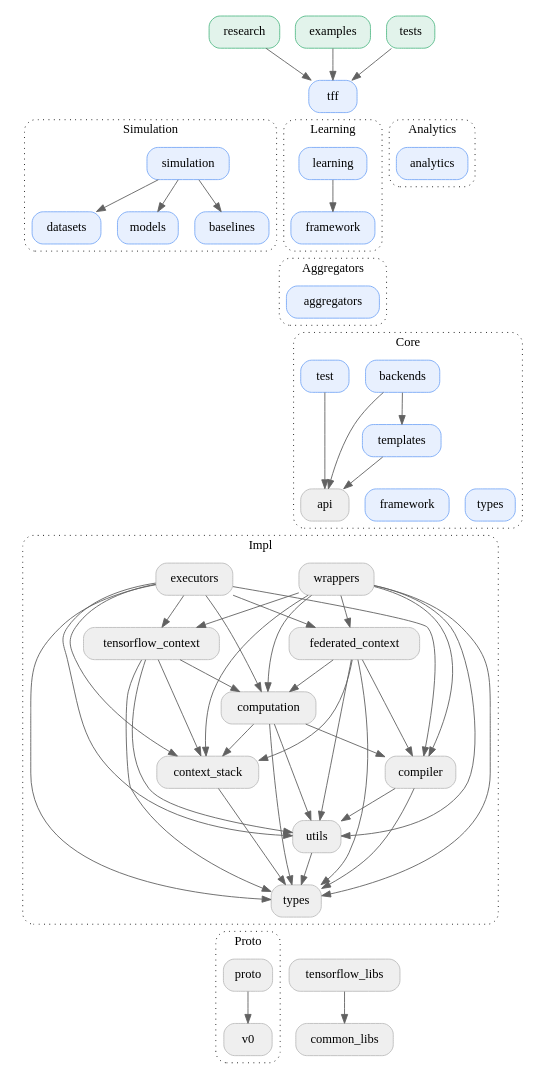
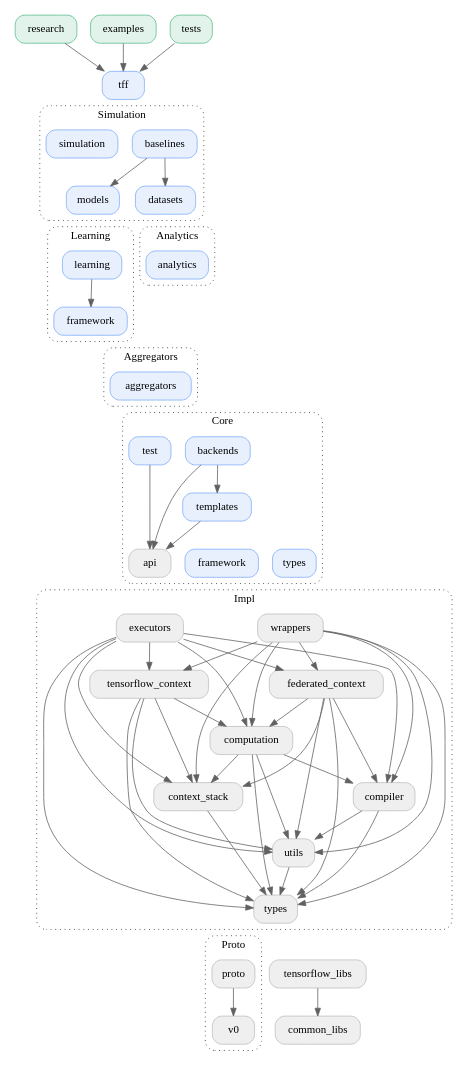
The diagram in docs/design/package_structure.dot (google-parfait/tensorflow-federated), drawn with Graphviz before and after one commit.

Commit message:
Update `simulation` package structure documentation.

```diff
--- a/docs/design/package_structure.dot
+++ b/docs/design/package_structure.dot
@@ -1,164 +1,166 @@
 digraph {
   graph [style="dotted,rounded", size="9 100"]
   node [shape="box", style="rounded,filled", fillcolor="#efefef", color="#bdbdbd"]
   edge [color="#616161"]
   newrank=true
 
   // Using TFF
   research -> tff
   examples -> tff
   tests -> tff
 
   research [href="#research" target="_parent", fillcolor="#E2F3EB", color="#57BB8A"]
   examples [href="#examples" target="_parent", fillcolor="#E2F3EB", color="#57BB8A"]
   tests [href="#tests" target="_parent", fillcolor="#E2F3EB", color="#57BB8A"]
 
   // TFF
   tff -> simulation [arrowhead="none", style="invisible"]
-  tff -> learning [arrowhead="none", style="invisible"]
-  tff -> analytics [arrowhead="none", style="invisible"]
+  tff -> simulation_baselines [arrowhead="none", style="invisible"]
 
   tff [href="#tff" target="_parent", fillcolor="#E8F0FE", color="#7BAAF7"]
 
-  // TFF Simulation
-  simulation -> simulation_baselines
-  simulation -> simulation_datasets
-  simulation -> simulation_models
-  simulation_datasets -> aggregators [arrowhead="none", style="invisible"]
+  // Simulation
+  simulation_baselines -> simulation_models
+  simulation_baselines -> simulation_datasets
+  simulation -> simulation_baselines [arrowhead="none", style="invisible"]
+  simulation_models -> learning [arrowhead="none", style="invisible"]
+  simulation_datasets -> analytics [arrowhead="none", style="invisible"]
 
   subgraph cluster_simulation {
     graph [label="Simulation", href="#tff-simulation" target="_parent"]
     simulation [href="#tff-simulation" target="_parent", fillcolor="#E8F0FE", color="#7BAAF7"]
     simulation_baselines [label="baselines", href="#tff-simulation" target="_parent", fillcolor="#E8F0FE", color="#7BAAF7"]
+    simulation_models [label="models", href="#tff-simulation" target="_parent", fillcolor="#E8F0FE", color="#7BAAF7"]
     simulation_datasets [label="datasets", href="#tff-simulation" target="_parent", fillcolor="#E8F0FE", color="#7BAAF7"]
-    simulation_models [label="models", href="#tff-simulation" target="_parent", fillcolor="#E8F0FE", color="#7BAAF7"]
   }
 
-  // TFF Learning
+  // Learning
   learning -> learning_framework
   learning_framework -> aggregators [arrowhead="none", style="invisible"]
 
   subgraph cluster_learning {
     graph [label="Learning", href="#tff-learning" target="_parent"]
     learning [href="#tff-learning" target="_parent", fillcolor="#E8F0FE", color="#7BAAF7"]
     learning_framework [label="framework", href="#tff-learning" target="_parent", fillcolor="#E8F0FE", color="#7BAAF7"]
   }
 
-  // TFF Analytics
+  // Analytics
   analytics -> aggregators [arrowhead="none", style="invisible"]
 
   subgraph cluster_analytics {
     graph [label="Analytics", href="#tff-analytics" target="_parent"]
     analytics [href="#tff-analytics" target="_parent", fillcolor="#E8F0FE", color="#7BAAF7"]
   }
 
-  // TFF Aggregators
+  // Aggregators
   aggregators -> core_backends [arrowhead="none", style="invisible"]
   aggregators -> core_test [arrowhead="none", style="invisible"]
 
   subgraph cluster_aggregators {
     graph [label="Aggregators", href="#tff-aggregators" target="_parent"]
     aggregators [href="#tff-learning" target="_parent", fillcolor="#E8F0FE", color="#7BAAF7"]
   }
 
-  // TFF Core
+  // Core
   core_backends -> core_api
   core_backends -> core_templates
   core_templates -> core_api
   core_test -> core_api
   core_api -> core_framework [arrowhead="none", style="invisible"]
   core_framework -> core_types [arrowhead="none", style="invisible"]
 
   subgraph cluster_core {
     graph [label="Core", href="#tff-core" target="_parent"]
     core_backends [label="backends", href="#tff-core" target="_parent", fillcolor="#E8F0FE", color="#7BAAF7"]
     core_templates [label="templates", href="#tff-core" target="_parent", fillcolor="#E8F0FE", color="#7BAAF7"]
     core_test [label="test", href="#tff-core" target="_parent", fillcolor="#E8F0FE", color="#7BAAF7"]
     core_api [label="api", href="#tff-core" target="_parent"]
     core_framework [label="framework", href="#tff-core" target="_parent", fillcolor="#E8F0FE", color="#7BAAF7"]
     core_types [label="types", href="#tff-types" target="_parent", fillcolor="#E8F0FE", color="#7BAAF7"]
   }
 
   core_api -> impl_wrappers [arrowhead="none", style="invisible"]
   core_api -> impl_executors [arrowhead="none", style="invisible"]
 
-  // TFF Impl
+  // Impl
   impl_wrappers -> impl_tensorflow_context
   impl_wrappers -> impl_federated_context
   impl_wrappers -> impl_computation
   impl_wrappers -> impl_compiler
   impl_wrappers -> impl_utils
   impl_wrappers -> impl_context_stack
   impl_wrappers -> impl_types
   impl_executors -> impl_tensorflow_context
   impl_executors -> impl_federated_context
   impl_executors -> impl_computation
   impl_executors -> impl_compiler
   impl_executors -> impl_utils
   impl_executors -> impl_context_stack
   impl_executors -> impl_types
   impl_tensorflow_context -> impl_computation
   impl_tensorflow_context -> impl_utils
   impl_tensorflow_context -> impl_context_stack
   impl_tensorflow_context -> impl_types
   impl_federated_context -> impl_computation
   impl_federated_context -> impl_compiler
   impl_federated_context -> impl_utils
   impl_federated_context -> impl_context_stack
   impl_federated_context -> impl_types
   impl_computation -> impl_compiler
   impl_computation -> impl_utils
   impl_computation -> impl_context_stack
   impl_computation -> impl_types
   impl_compiler -> impl_types
   impl_compiler -> impl_utils
   impl_context_stack -> impl_types
   impl_utils -> impl_types
   impl_types -> proto [arrowhead="none", style="invisible"]
   impl_types -> tensorflow_libs [arrowhead="none", style="invisible"]
 
   subgraph cluster_impl {
     graph [label="Impl", href="#tff-impl" target="_parent"]
     impl_wrappers [label="wrappers", href="#tff-impl" target="_parent"]
     impl_executors [label="executors", href="#tff-impl" target="_parent"]
     impl_tensorflow_context [label="tensorflow_context", href="#tff-impl" target="_parent"]
     impl_federated_context [label="federated_context", href="#tff-impl" target="_parent"]
     impl_computation [label="computation", href="#tff-impl" target="_parent"]
     impl_compiler [label="compiler", href="#tff-impl" target="_parent"]
     impl_context_stack [label="context_stack", href="#tff-impl" target="_parent"]
     impl_utils [label="utils", href="#tff-impl" target="_parent"]
     impl_types [label="types", href="#tff-impl" target="_parent"]
   }
 
-  // TFF Proto
+  // Proto
   proto -> proto_v0
 
   subgraph cluster_proto {
     graph [label="Proto", href="#tff-proto" target="_parent"]
     proto [href="#tff-proto" target="_parent"]
     proto_v0 [label="v0" href="#tff-proto" target="_parent"]
   }
 
   // Other
   tensorflow_libs [href="#tff-tensorflow-libs" target="_parent"]
   common_libs [href="#tff-common-libs" target="_parent"]
   tensorflow_libs -> common_libs
 
   // Layout
   {rank=same; examples, tests, research}
   {rank=same; tff}
-  {rank=same; simulation, learning, analytics}
-  {rank=same; simulation_baselines, simulation_datasets, simulation_models, learning_framework}
+  {rank=same; simulation, simulation_baselines}
+  {rank=same; simulation_models, simulation_datasets}
+  {rank=same; learning, analytics}
+  {rank=same; learning_framework}
   {rank=same; aggregators}
   {rank=same; core_backends, core_test}
   {rank=same; core_templates}
   {rank=same; core_api, core_framework, core_types}
   {rank=same; impl_executors, impl_wrappers}
   {rank=same; impl_tensorflow_context, impl_federated_context}
   {rank=same; impl_computation}
   {rank=same; impl_compiler, impl_context_stack}
   {rank=same; impl_utils}
   {rank=same; impl_types}
   {rank=same; proto, tensorflow_libs}
   {rank=same; common_libs}
 }
```
